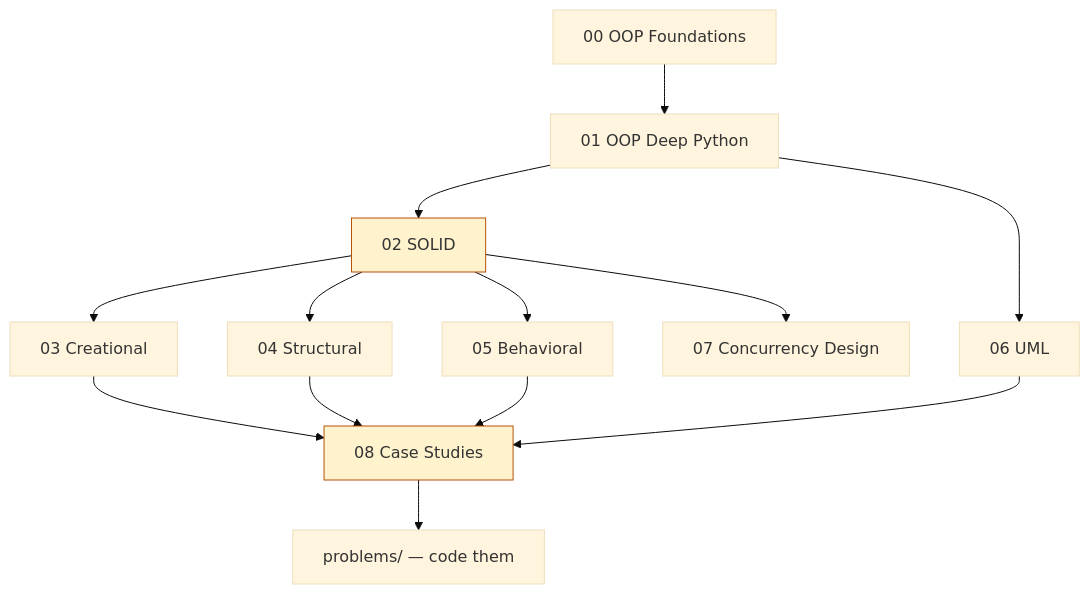
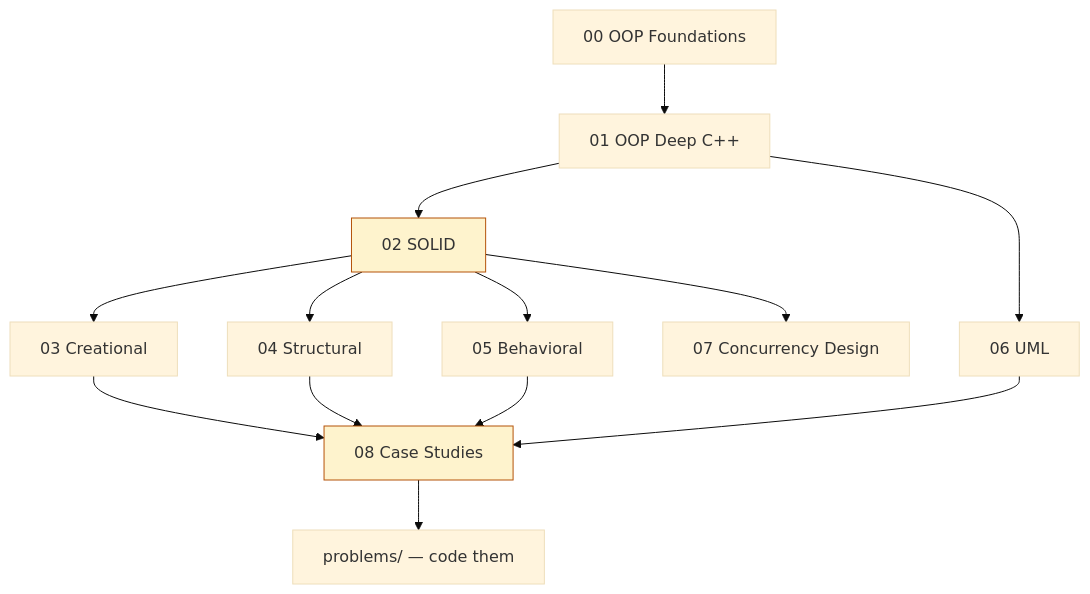
One commit to codevoks/Learning changed the diagram in LLD/Home.md. Above: the diagram before and after it, drawn with Mermaid (base theme). The commit also changed other lines of this file and 124 other files, not shown here.

````diff
--- a/LLD/Home.md
+++ b/LLD/Home.md
@@ -35,14 +35,14 @@
 ```mermaid
 flowchart TD
-    M00[00 OOP Foundations] --> M01[01 OOP Deep Python]
+    M00[00 OOP Foundations] --> M01[01 OOP Deep C++]
     M01 --> M02[02 SOLID]
     M02 --> M03[03 Creational]
     M02 --> M04[04 Structural]
     M02 --> M05[05 Behavioral]
     M01 --> M06[06 UML]
     M02 --> M07[07 Concurrency Design]
     M03 & M04 & M05 & M06 --> M08[08 Case Studies]
     M08 --> P[problems/ — code them]
     style M02 fill:#fef3cd,stroke:#b45309
     style M08 fill:#fef3cd,stroke:#b45309
 ```
````
